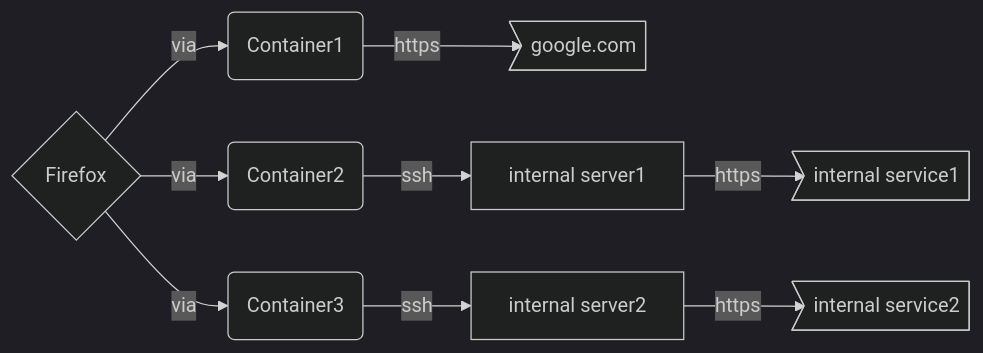
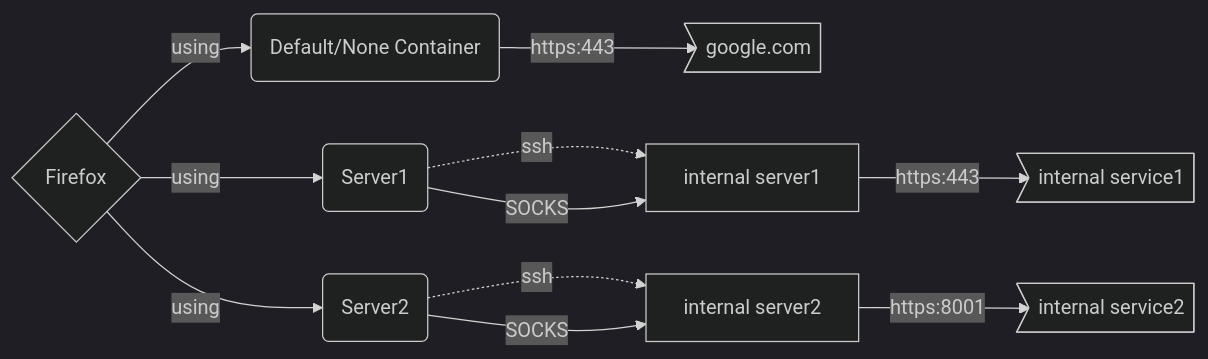
One commit to oveee92/oveee92.github.io changed the diagram in docs/ssh_dynamic_forward.md. Above: the diagram before and after it, drawn with Mermaid (dark theme). The commit also changed other lines of this file, not shown here.

````diff
--- a/docs/ssh_dynamic_forward.md
+++ b/docs/ssh_dynamic_forward.md
@@ -8,6 +32,12 @@
 ``` mermaid
 graph LR
-  A{Firefox} -->|via| B(Container1) -->|https| H>google.com]
-  A{Firefox} -->|via| C(Container2) -->|ssh| X[internal server1] -->|https| I>internal service1]
-  A{Firefox} -->|via| D(Container3) -->|ssh| Y[internal server2] -->|https| J>internal service2]
+  A{Firefox}
+  A -->|using| B(Default/None Container) -->|https:443| H>google.com]
+  A -->|using| C(Server1) -.->|ssh| X[internal server1]
+  X -->|https:443| I>internal service1]
+  A -->|using| D(Server2) -.->|ssh| Y[internal server2]
+  Y -->|https:8001| J>internal service2]
+
+  C -->|SOCKS| X
+  D -->|SOCKS| Y
 ```
````
